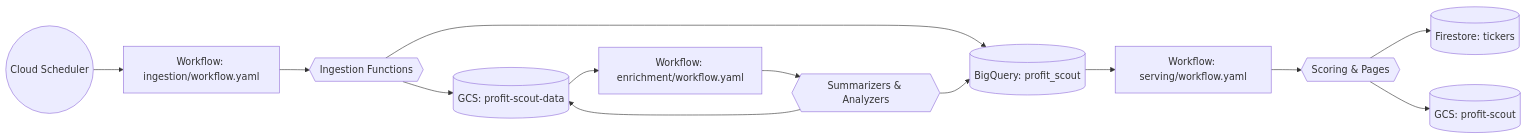
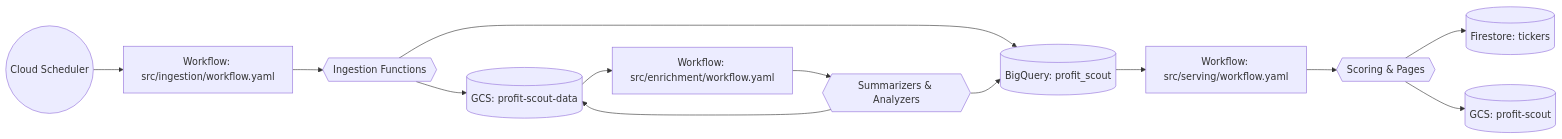
One commit to DevDizzle/profitscout-engine changed the diagram in README.md. Above: the diagram before and after it, drawn with Mermaid. The commit also changed other lines of this file and 54 other files, not shown here.

````diff
--- a/README.md
+++ b/README.md
@@ -16,15 +16,15 @@
 ```mermaid
 flowchart LR
-  Scheduler((Cloud Scheduler)) --> IngestWF[Workflow: ingestion/workflow.yaml]
+  Scheduler((Cloud Scheduler)) --> IngestWF[Workflow: src/ingestion/workflow.yaml]
   IngestWF --> IngestFns{{Ingestion Functions}}
   IngestFns --> GCS[(GCS: profit-scout-data)]
   IngestFns --> BQ[(BigQuery: profit_scout)]
-  GCS --> EnrichWF[Workflow: enrichment/workflow.yaml]
+  GCS --> EnrichWF[Workflow: src/enrichment/workflow.yaml]
   EnrichWF --> EnrichFns{{Summarizers & Analyzers}}
   EnrichFns --> GCS
   EnrichFns --> BQ
-  BQ --> ServeWF[Workflow: serving/workflow.yaml]
+  BQ --> ServeWF[Workflow: src/serving/workflow.yaml]
   ServeWF --> ServeFns{{Scoring & Pages}}
   ServeFns --> Firestore[(Firestore: tickers)]
   ServeFns --> DestGCS[(GCS: profit-scout)]
 ```
````
